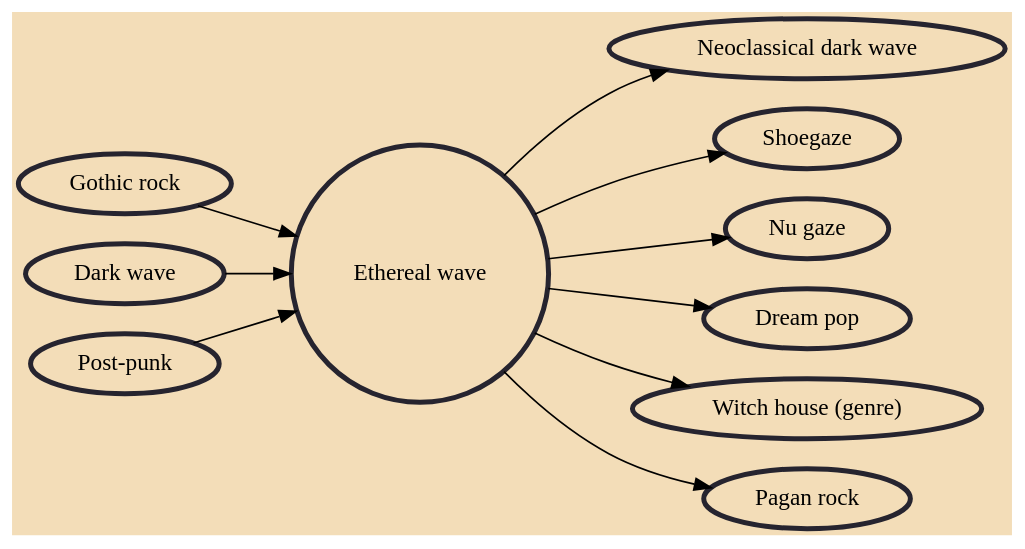
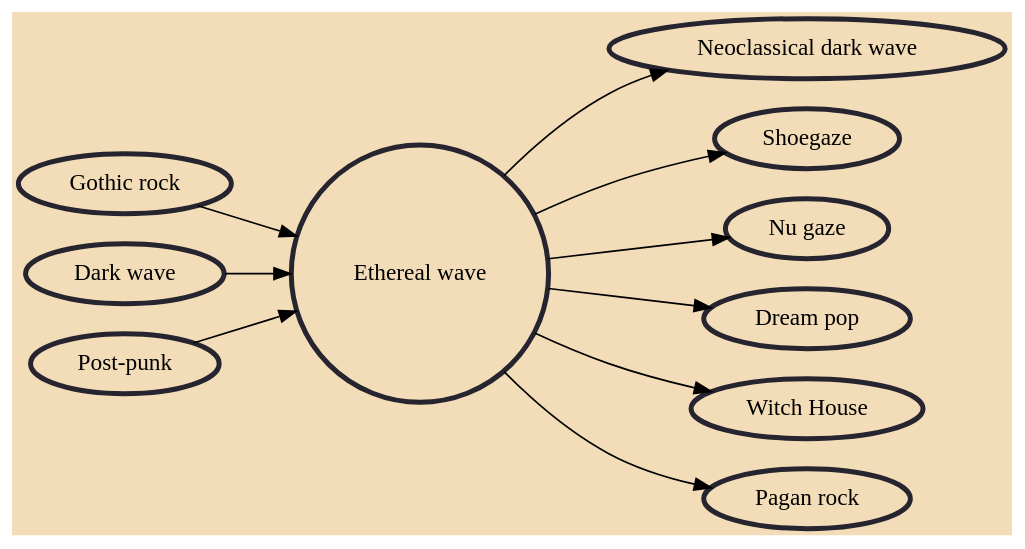
One commit to avengerpenguin/musicgenres changed the diagram in Music/Ethereal wave.md. Above: the diagram before and after it, drawn with Graphviz. The commit also changed other lines of this file and 9 other files, not shown here.

Commit message:
Simplify Witch House (genre) to just Witch House

````diff
--- a/Music/Ethereal wave.md
+++ b/Music/Ethereal wave.md
@@ -6,25 +6,25 @@
 ```dot
 digraph {
 	graph [bgcolor="#F3DDB8" rankdir=LR]
 	node [color="#26242F" penwidth=3.0]
 	"Ethereal wave" [shape=circle]
 	"Gothic rock" [URL="/gothic-rock/"]
 	"Gothic rock" -> "Ethereal wave"
 	"Dark wave" [URL="/dark-wave/"]
 	"Dark wave" -> "Ethereal wave"
 	"Post-punk" [URL="/post-punk/"]
 	"Post-punk" -> "Ethereal wave"
 	"Neoclassical dark wave" [URL="/neoclassical-dark-wave/"]
 	"Ethereal wave" -> "Neoclassical dark wave"
 	Shoegaze [URL="/shoegaze/"]
 	"Ethereal wave" -> Shoegaze
 	"Nu gaze" [URL="/nu-gaze/"]
 	"Ethereal wave" -> "Nu gaze"
 	"Dream pop" [URL="/dream-pop/"]
 	"Ethereal wave" -> "Dream pop"
-	"Witch house (genre)" [URL="/witch-house-genre/"]
-	"Ethereal wave" -> "Witch house (genre)"
+	"Witch House" [URL="/witch-house/"]
+	"Ethereal wave" -> "Witch House"
 	"Pagan rock" [URL="/pagan-rock/"]
 	"Ethereal wave" -> "Pagan rock"
 }
 ```
````
